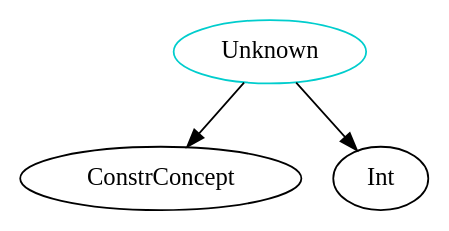
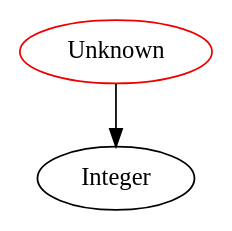
Before and after one commit to JacquesCarette/Drasil: the diagram in analysis/TypeDependencyGraphs/lang/Unknown.dot, drawn with Graphviz. The commit also changed 819 other files, not shown here.

```diff
--- a/analysis/TypeDependencyGraphs/lang/Unknown.dot
+++ b/analysis/TypeDependencyGraphs/lang/Unknown.dot
@@ -1,5 +1,4 @@
 digraph unknown{
-Unknown	[shape=oval, color=cyan3, label="Unknown"];
-Unknown -> ConstrConcept;
-Unknown -> Int;
+Unknown	[shape=oval, color=red2, label="Unknown"];
+Unknown -> Integer;
 }
```
